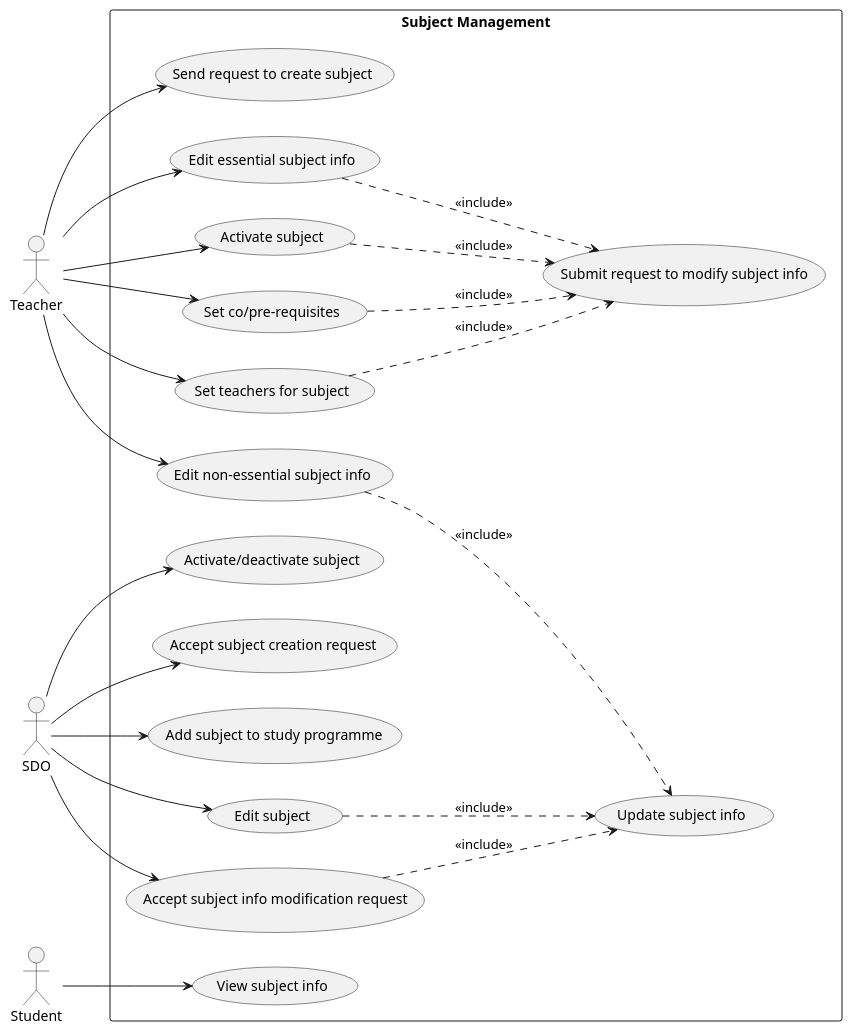
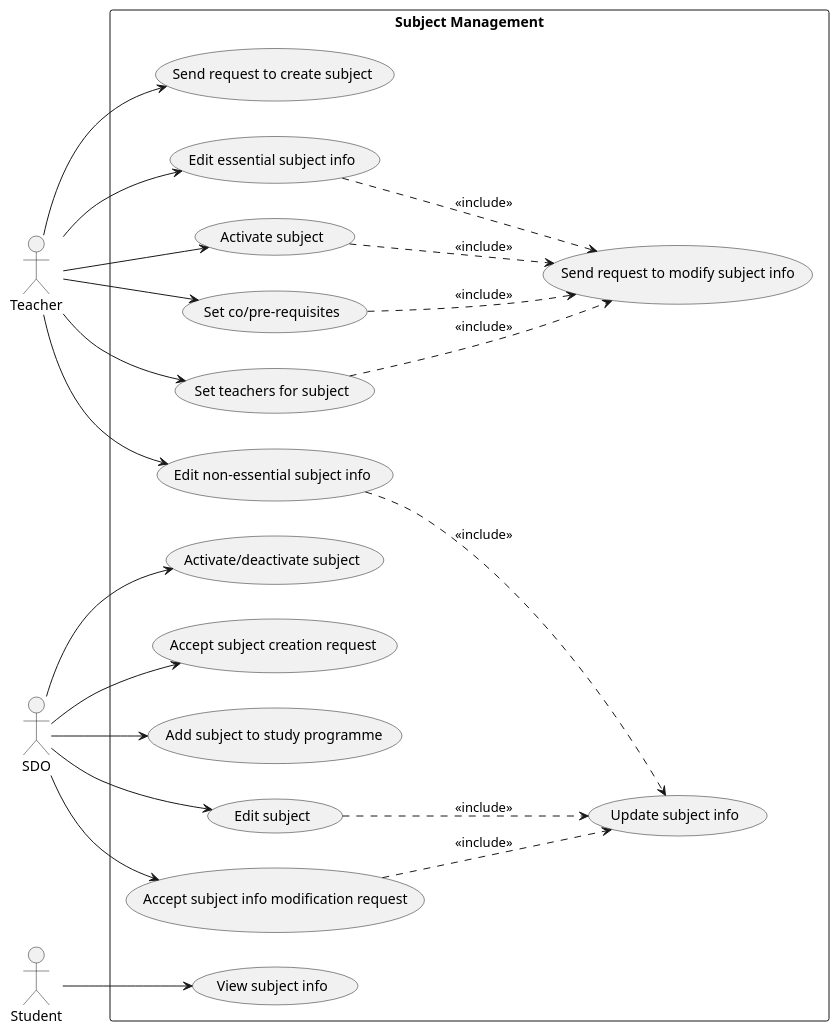
Before and after one commit to Lukide0/SoftwareEngineering: the first of 3 diagrams in seminar-work.md, drawn with PlantUML. The commit also changed other lines of this file, not shown here.

Commit message:
use case descriptions and one activity diagram

````diff
--- a/seminar-work.md
+++ b/seminar-work.md
@@ -46,49 +46,49 @@
 ```plantuml
 @startuml
 left to right direction
 actor Teacher as "Teacher"
 actor SDO as "SDO"
 actor Student as "Student"
 
 rectangle "Subject Management" {
   usecase "Send request to create subject" as UC1
   usecase "Edit essential subject info" as UC2
   usecase "Activate subject" as UC3
   usecase "Set co/pre-requisites" as UC4
   usecase "Set teachers for subject" as UC5
-  usecase "Submit request to modify subject info" as UC6
+  usecase "Send request to modify subject info" as UC6
   usecase "Edit non-essential subject info" as UC7
   usecase "Update subject info" as UC8
   usecase "Activate/deactivate subject" as UC9
   usecase "Accept subject creation request" as UC10
   usecase "Add subject to study programme" as UC11
   usecase "Edit subject" as UC12
   usecase "View subject info" as UC13
   usecase "Accept subject info modification request" as UC14
 
 
   SDO --> UC9
   SDO --> UC10
   SDO --> UC11
   SDO --> UC12
   SDO --> UC14
 
   Teacher --> UC1
   Teacher --> UC2
   Teacher --> UC3
   Teacher --> UC4
   Teacher --> UC5
   Teacher --> UC7
 
   Student --> UC13
 
   UC4 ..> UC6 : <<include>>
   UC2 ..> UC6 : <<include>>
   UC3 ..> UC6 : <<include>>
   UC5 ..> UC6 : <<include>>
   UC14 ..> UC8 : <<include>>
   UC12 ..> UC8 : <<include>>
   UC7 ..> UC8 : <<include>>
 }
 @enduml
 ```
````
